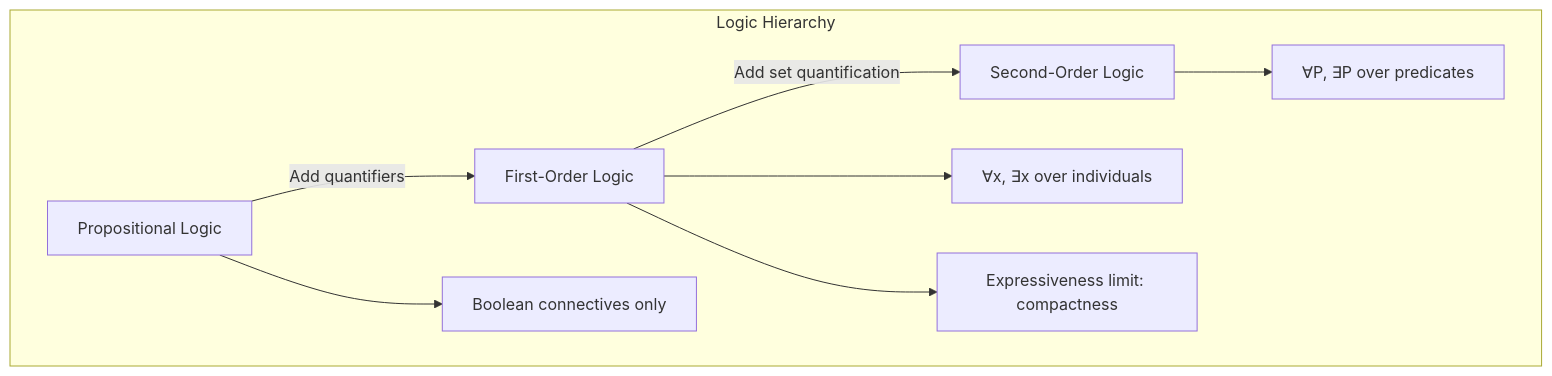
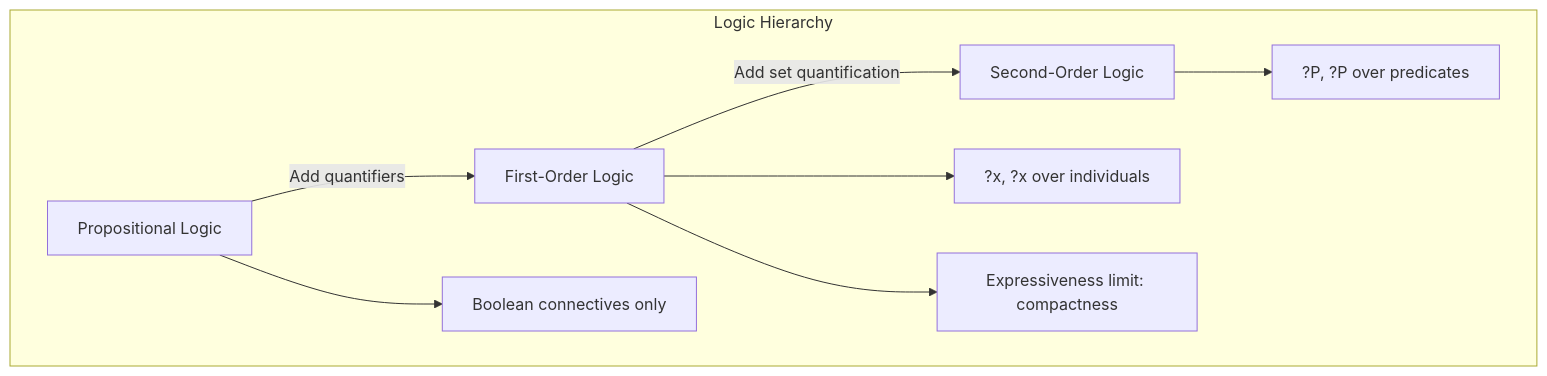
Before and after one commit to Raushan666java/ai-engineering-journey: the third of 3 diagrams in docs/courses/discrete-mathematics/03-predicates.md, drawn with Mermaid. The commit also changed other lines of this file and 790 other files, not shown here.

Commit message:
Sync all course diagram renders and content updates

````diff
--- a/docs/courses/discrete-mathematics/03-predicates.md
+++ b/docs/courses/discrete-mathematics/03-predicates.md
@@ -704,11 +796,11 @@
 ```mermaid
 flowchart TD
     subgraph "Logic Hierarchy"
         A[Propositional Logic] -->|Add quantifiers| B[First-Order Logic]
         B -->|Add set quantification| C[Second-Order Logic]
         A --> D[Boolean connectives only]
-        B --> E[∀x, ∃x over individuals]
-        C --> F[∀P, ∃P over predicates]
+        B --> E[?x, ?x over individuals]
+        C --> F[?P, ?P over predicates]
         B --> G[Expressiveness limit: compactness]
     end
 ```
````
